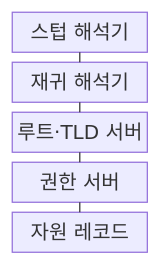
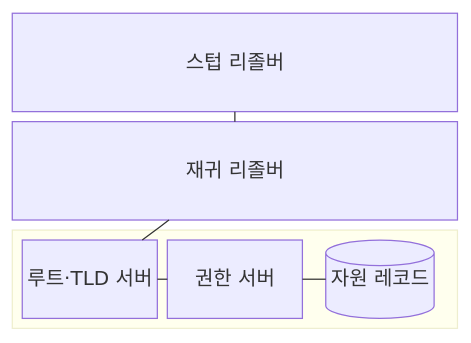
Before and after one commit to agnusdei1207/knowledge-base: the first of 2 diagrams in src/content/docs/notes/04-network/008_dns_domain_name_system.md, drawn with Mermaid. The commit also changed other lines of this file and 20 other files, not shown here.

````diff
--- a/src/content/docs/notes/04-network/008_dns_domain_name_system.md
+++ b/src/content/docs/notes/04-network/008_dns_domain_name_system.md
@@ -60,13 +60,16 @@
 ```mermaid
-block-beta
+block
     columns 1
-    A["스텁 해석기"]
-    B["재귀 해석기"]
-    C["루트·TLD 서버"]
-    D["권한 서버"]
-    E["자원 레코드"]
-    A --- B
-    B --- C
-    C --- D
-    D --- E
+    C["스텁 리졸버"]
+    R["재귀 리졸버"]
+    block:AUTHORITY
+        columns 3
+        T["루트·TLD 서버"]
+        A["권한 서버"]
+        Z[("자원 레코드")]
+    end
+    C --- R
+    R --- T
+    T --- A
+    A --- Z
 ```
````
